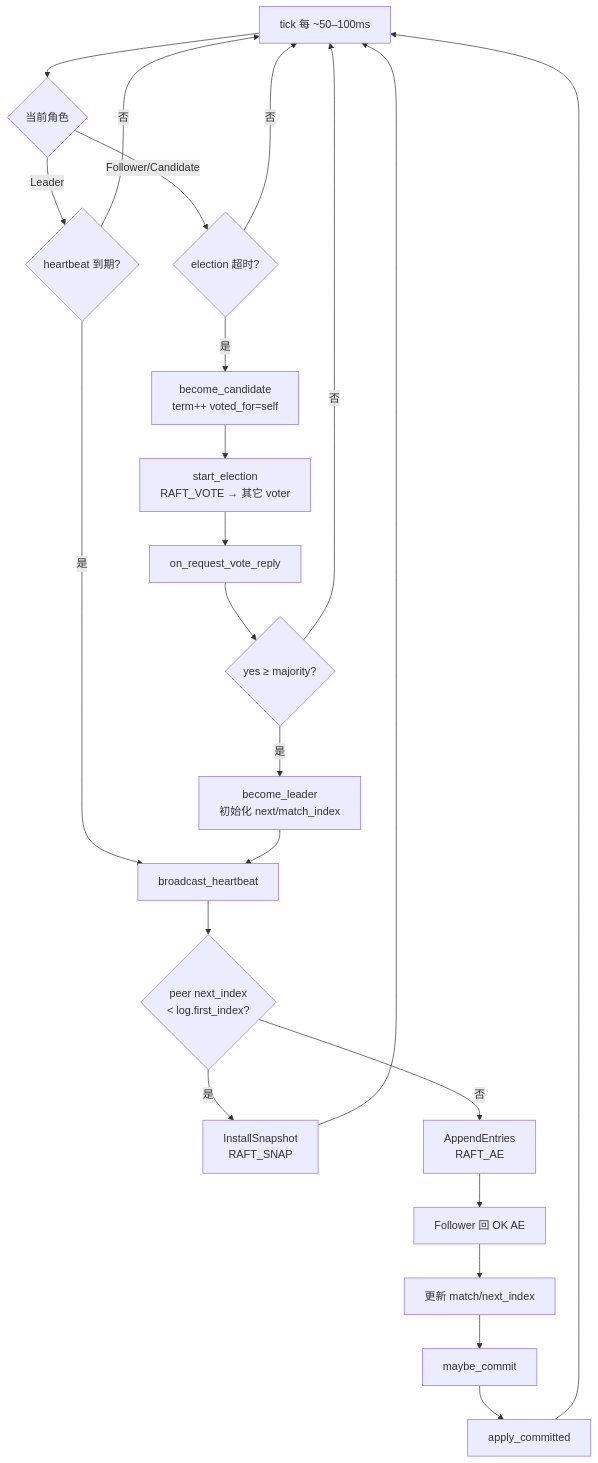
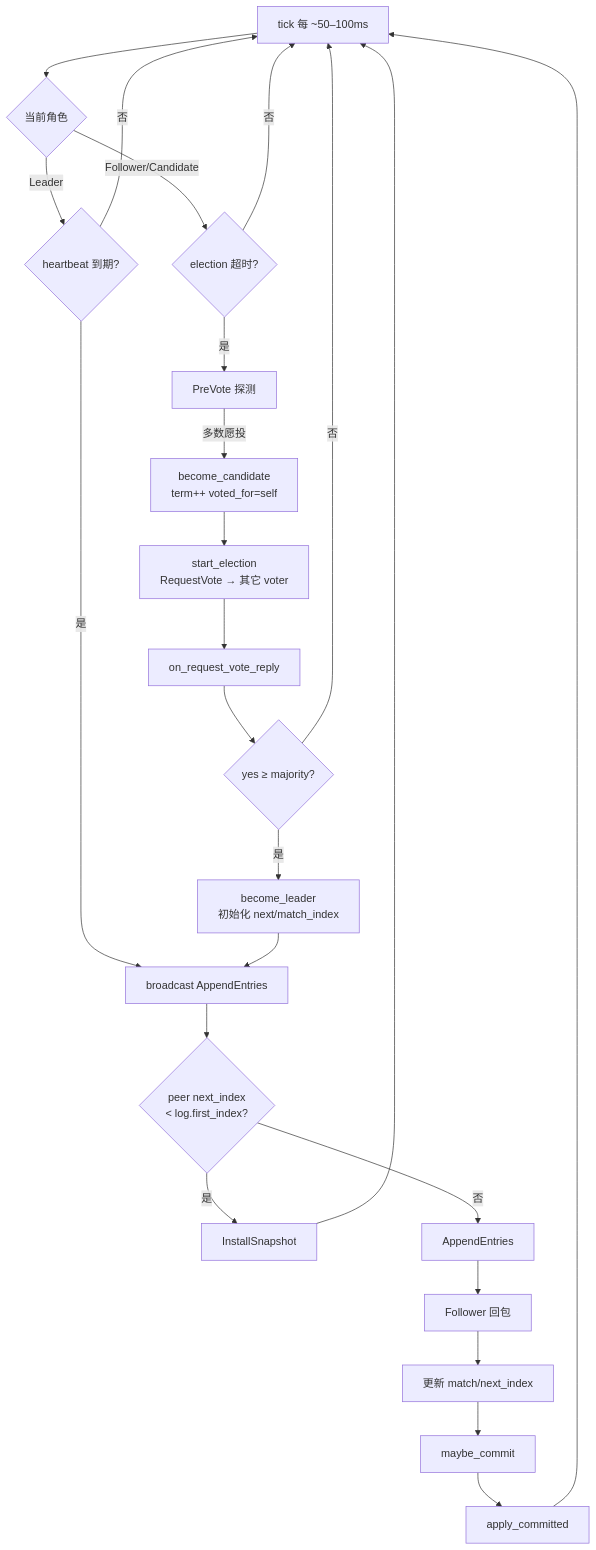
The fourth of 7 diagrams in docs/flows/06-raft-election-commit.md (devotionalist/openkv), drawn with Mermaid before and after one commit. The commit also changed other lines of this file and 37 other files, not shown here.

````diff
--- a/docs/flows/06-raft-election-commit.md
+++ b/docs/flows/06-raft-election-commit.md
@@ -7,26 +131,27 @@
 ```mermaid
 flowchart TD
   T[tick 每 ~50–100ms] --> R{当前角色}
   R -->|Leader| HB{heartbeat 到期?}
-  HB -->|是| BC[broadcast_heartbeat]
+  HB -->|是| BC[broadcast AppendEntries]
   HB -->|否| T
   R -->|Follower/Candidate| EL{election 超时?}
   EL -->|否| T
-  EL -->|是| CA[become_candidate<br/>term++ voted_for=self]
-  CA --> SE[start_election<br/>RAFT_VOTE → 其它 voter]
+  EL -->|是| PV[PreVote 探测]
+  PV -->|多数愿投| CA[become_candidate<br/>term++ voted_for=self]
+  CA --> SE[start_election<br/>RequestVote → 其它 voter]
   SE --> VR[on_request_vote_reply]
   VR --> MAJ{yes ≥ majority?}
   MAJ -->|否| T
   MAJ -->|是| LD[become_leader<br/>初始化 next/match_index]
   LD --> BC
 
   BC --> CHK{peer next_index<br/>&lt; log.first_index?}
-  CHK -->|是| SNAP[InstallSnapshot<br/>RAFT_SNAP]
-  CHK -->|否| AE[AppendEntries<br/>RAFT_AE]
+  CHK -->|是| SNAP[InstallSnapshot]
+  CHK -->|否| AE[AppendEntries]
   SNAP --> T
-  AE --> REP[Follower 回 OK AE]
+  AE --> REP[Follower 回包]
   REP --> UPD[更新 match/next_index]
   UPD --> MC[maybe_commit]
   MC --> AP[apply_committed]
   AP --> T
 ```
````
